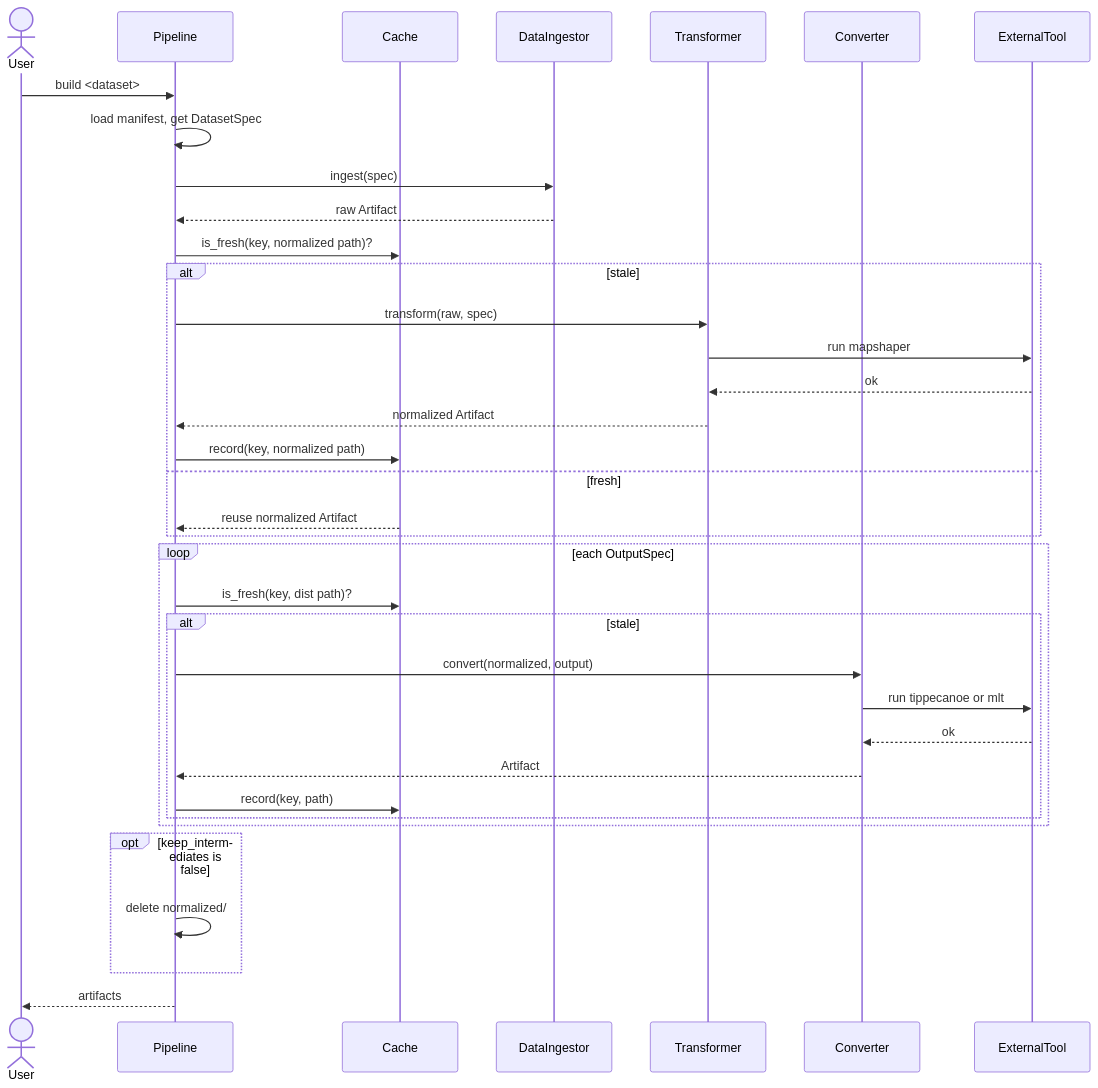
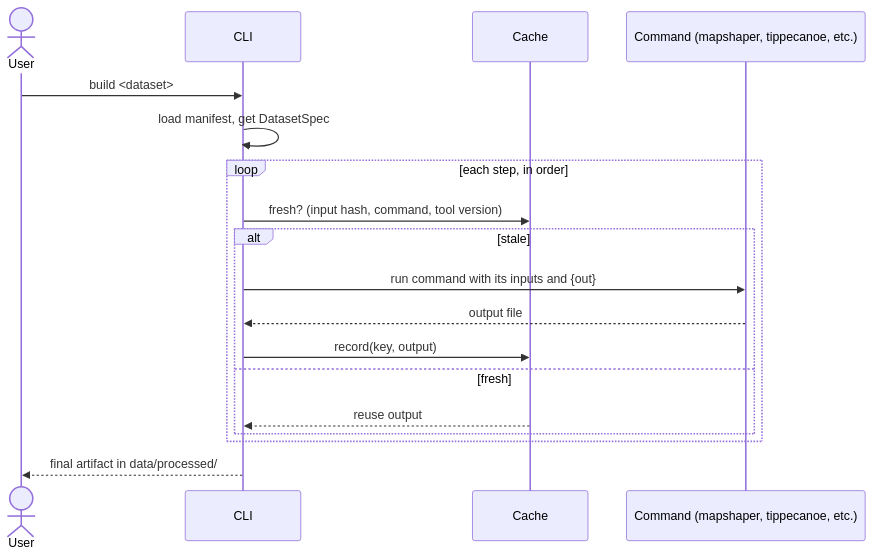
One commit to jmrec/geomake changed the diagram in docs/diagrams.md. Above: the diagram before and after it, drawn with Mermaid. The commit also changed other lines of this file and 13 other files, not shown here.

````diff
--- a/docs/diagrams.md
+++ b/docs/diagrams.md
@@ -92,44 +7,23 @@
 ```mermaid
 sequenceDiagram
     actor User
-    participant CLI as Pipeline
+    participant CLI
     participant Cache
-    participant Ingest as DataIngestor
-    participant Trans as Transformer
-    participant Conv as Converter
-    participant Tool as ExternalTool
+    participant Tool as Command (mapshaper, tippecanoe, etc.)
 
     User->>CLI: build <dataset>
     CLI->>CLI: load manifest, get DatasetSpec
 
-    CLI->>Ingest: ingest(spec)
-    Ingest-->>CLI: raw Artifact
-
-    CLI->>Cache: is_fresh(key, normalized path)?
-    alt stale
-        CLI->>Trans: transform(raw, spec)
-        Trans->>Tool: run mapshaper
-        Tool-->>Trans: ok
-        Trans-->>CLI: normalized Artifact
-        CLI->>Cache: record(key, normalized path)
-    else fresh
-        Cache-->>CLI: reuse normalized Artifact
-    end
-
-    loop each OutputSpec
-        CLI->>Cache: is_fresh(key, dist path)?
+    loop each step, in order
+        CLI->>Cache: fresh? (input hash, command, tool version)
         alt stale
-            CLI->>Conv: convert(normalized, output)
-            Conv->>Tool: run tippecanoe or mlt
-            Tool-->>Conv: ok
-            Conv-->>CLI: Artifact
-            CLI->>Cache: record(key, path)
+            CLI->>Tool: run command with its inputs and {out}
+            Tool-->>CLI: output file
+            CLI->>Cache: record(key, output)
+        else fresh
+            Cache-->>CLI: reuse output
         end
     end
 
-    opt keep_intermediates is false
-        CLI->>CLI: delete normalized/
-    end
-
-    CLI-->>User: artifacts
+    CLI-->>User: final artifact in data/processed/
 ```
````
